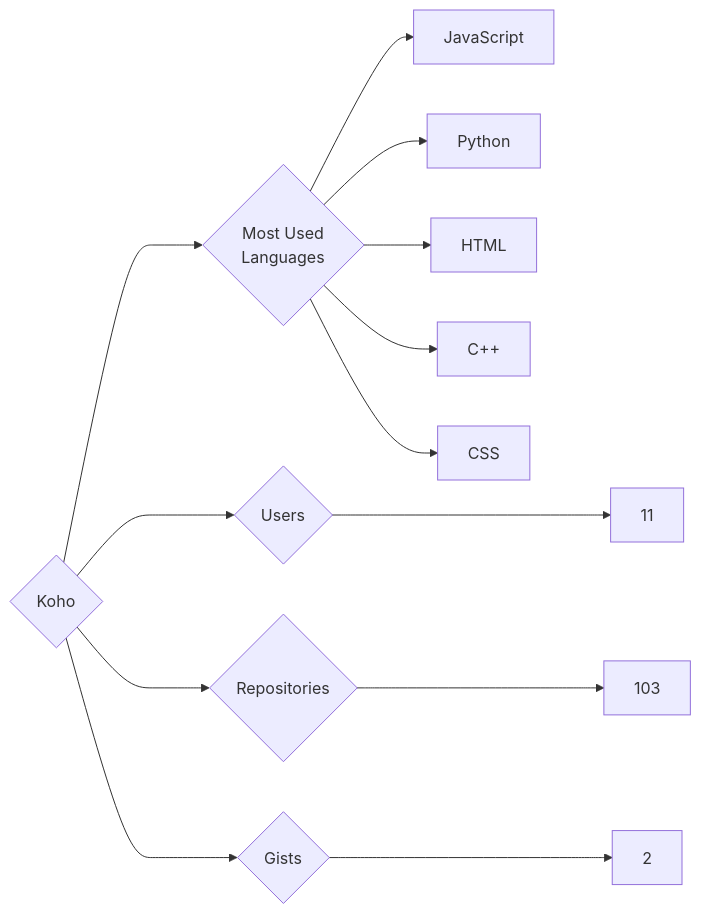
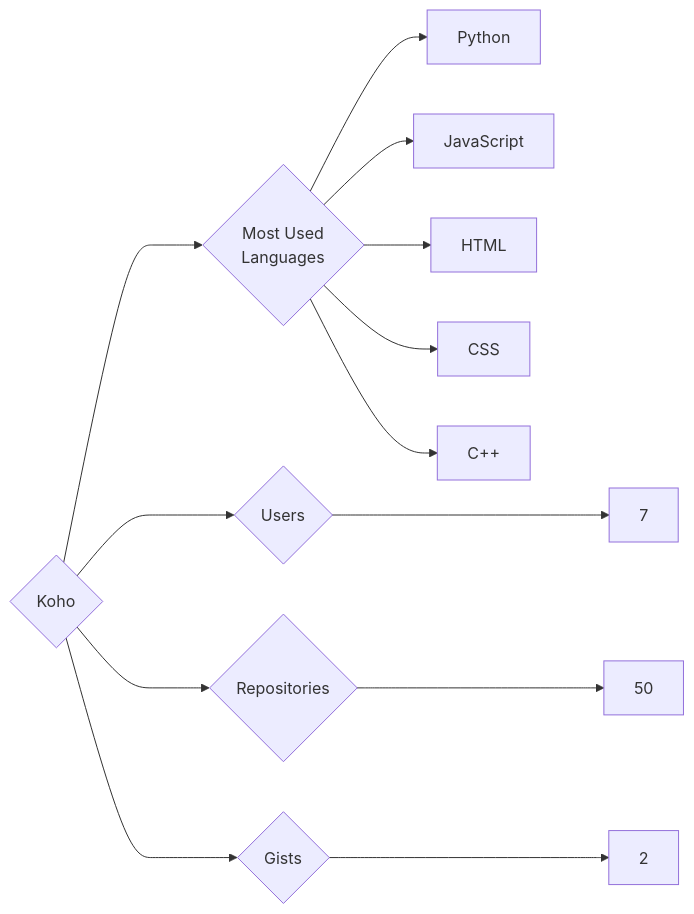
The diagram in targets/Koho/README.md (trickest/insiders), drawn with Mermaid before and after one commit. The commit also changed 951 other files, not shown here.

````diff
--- a/targets/Koho/README.md
+++ b/targets/Koho/README.md
@@ -3,13 +3,13 @@
 ```mermaid
 graph LR
 COMPANY_NAME{Koho}
-COMPANY_NAME ---> U{Users} ---> UN[11]
-COMPANY_NAME ---> R{Repositories} ---> RN[103]
+COMPANY_NAME ---> U{Users} ---> UN[7]
+COMPANY_NAME ---> R{Repositories} ---> RN[50]
 COMPANY_NAME ---> G{Gists} ---> GN[2]
 COMPANY_NAME ---> ML{Most Used<br>Languages}
+ML --> Python[Python]
 ML --> JavaScript[JavaScript]
-ML --> Python[Python]
 ML --> HTML[HTML]
+ML --> CSS[CSS]
 ML --> C++[C++]
-ML --> CSS[CSS]
 ```
````
